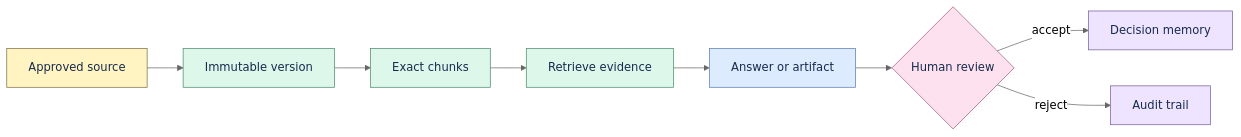
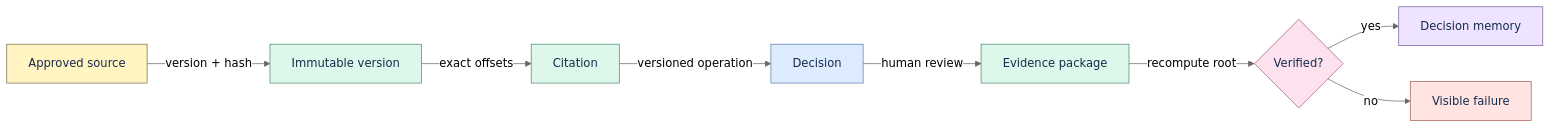
The diagram in README.md (thangldw/proofline), drawn with Mermaid (neutral theme) before and after one commit. The commit also changed other lines of this file and 29 other files, not shown here.

````diff
--- a/README.md
+++ b/README.md
@@ -20,21 +17,23 @@
 ```mermaid
 flowchart LR
-    S["Approved source"] --> V["Immutable version"]
-    V --> C["Exact chunks"]
-    C --> R["Retrieve evidence"]
-    R --> A["Answer or artifact"]
-    A --> H{"Human review"}
-    H -->|accept| M["Decision memory"]
-    H -->|reject| X["Audit trail"]
+    S["Approved source"] -->|version + hash| V["Immutable version"]
+    V -->|exact offsets| C["Citation"]
+    C -->|versioned operation| D["Decision"]
+    D -->|human review| P["Evidence package"]
+    P -->|recompute root| X{"Verified?"}
+    X -->|yes| M["Decision memory"]
+    X -->|no| F["Visible failure"]
 
     classDef source fill:#FFF4C2,stroke:#7A6F45,color:#172B4D;
+    classDef evidence fill:#DDF7EA,stroke:#4C8B6B,color:#172B4D;
     classDef process fill:#DDEBFF,stroke:#5B7DB1,color:#172B4D;
-    classDef evidence fill:#DDF7EA,stroke:#4C8B6B,color:#172B4D;
-    classDef human fill:#FDE1EF,stroke:#9C5E7B,color:#172B4D;
+    classDef gate fill:#FDE1EF,stroke:#9C5E7B,color:#172B4D;
     classDef outcome fill:#EEE4FF,stroke:#765E9C,color:#172B4D;
+    classDef blocked fill:#FFE4E1,stroke:#A35D57,color:#172B4D;
     class S source;
-    class V,C,R evidence;
-    class A process;
-    class H human;
-    class M,X outcome;
+    class V,C,P evidence;
+    class D process;
+    class X gate;
+    class M outcome;
+    class F blocked;
 ```
````
